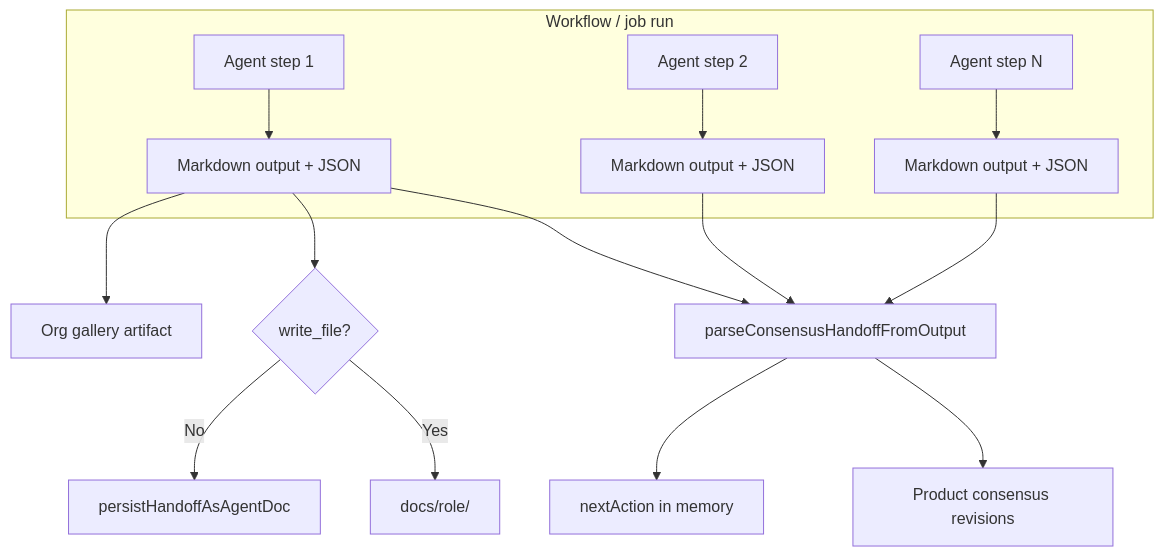
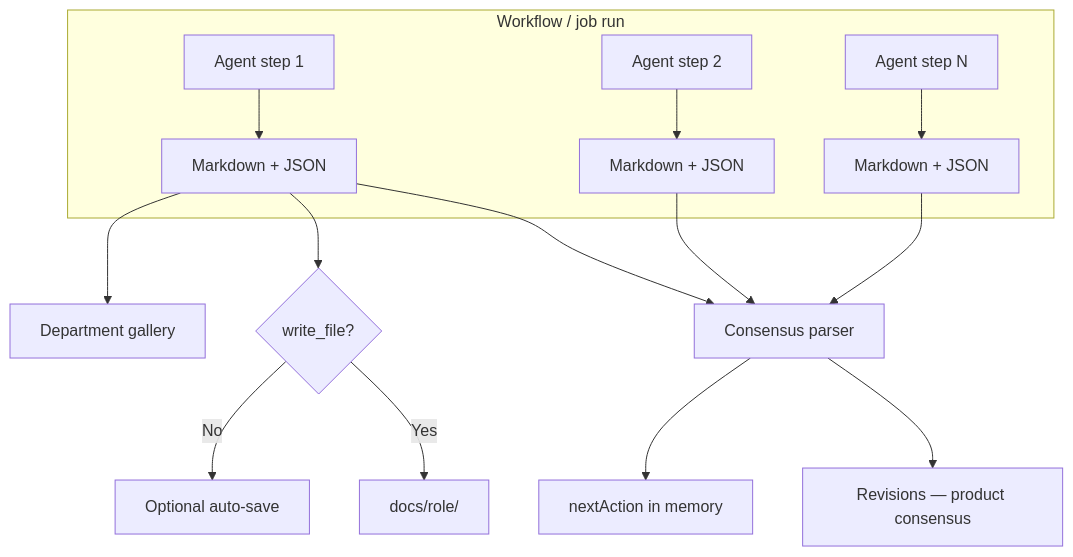
One commit to kreodevs/ia-company changed the first of 3 diagrams in frontend/src/content/help/handoffs.en.md. Above: the diagram before and after it, drawn with Mermaid. The commit also changed other lines of this file and 21 other files, not shown here.

````diff
--- a/frontend/src/content/help/handoffs.en.md
+++ b/frontend/src/content/help/handoffs.en.md
@@ -24,17 +24,17 @@
 ```mermaid
 flowchart TB
   subgraph run [Workflow / job run]
-    A1[Agent step 1] --> H1[Markdown output + JSON]
-    A2[Agent step 2] --> H2[Markdown output + JSON]
-    A3[Agent step N] --> H3[Markdown output + JSON]
+    A1[Agent step 1] --> H1[Markdown + JSON]
+    A2[Agent step 2] --> H2[Markdown + JSON]
+    A3[Agent step N] --> H3[Markdown + JSON]
   end
-  H1 --> P[parseConsensusHandoffFromOutput]
+  H1 --> P[Consensus parser]
   H2 --> P
   H3 --> P
-  P --> R[Product consensus revisions]
+  P --> R[Revisions — product consensus]
   P --> NA[nextAction in memory]
   H1 --> W{write_file?}
   W -->|Yes| D[docs/role/]
-  W -->|No| AP[persistHandoffAsAgentDoc]
-  H1 --> OA[Org gallery artifact]
+  W -->|No| AP[Optional auto-save]
+  H1 --> OA[Department gallery]
 ```
````
